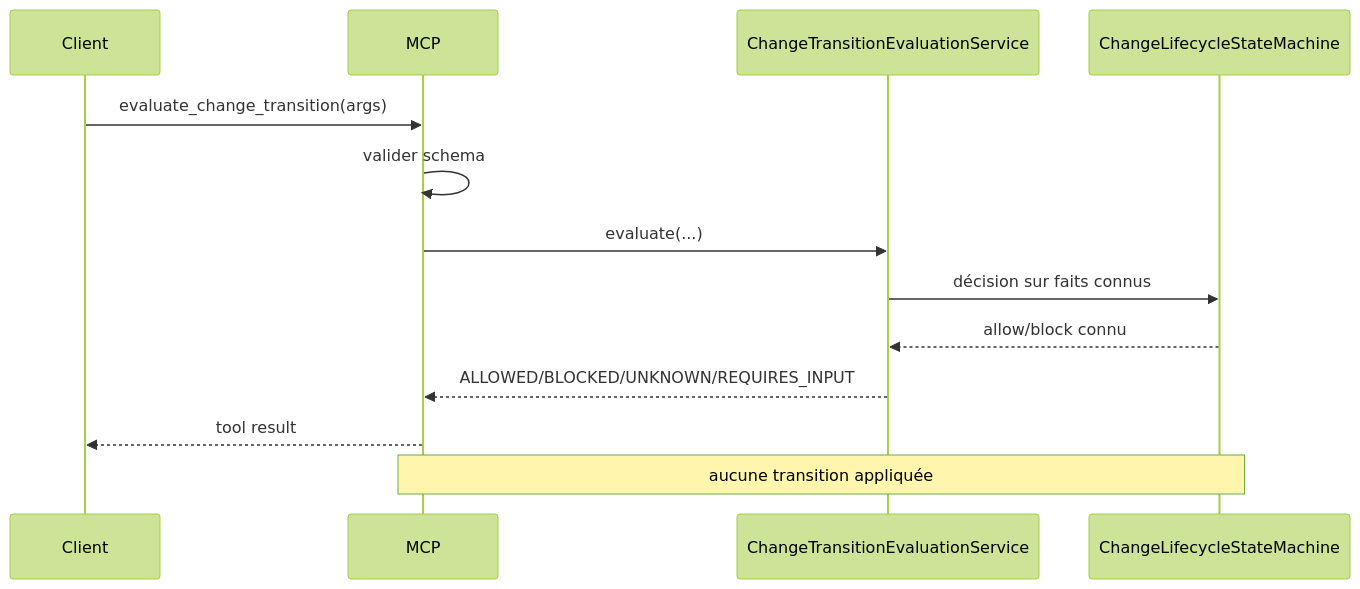
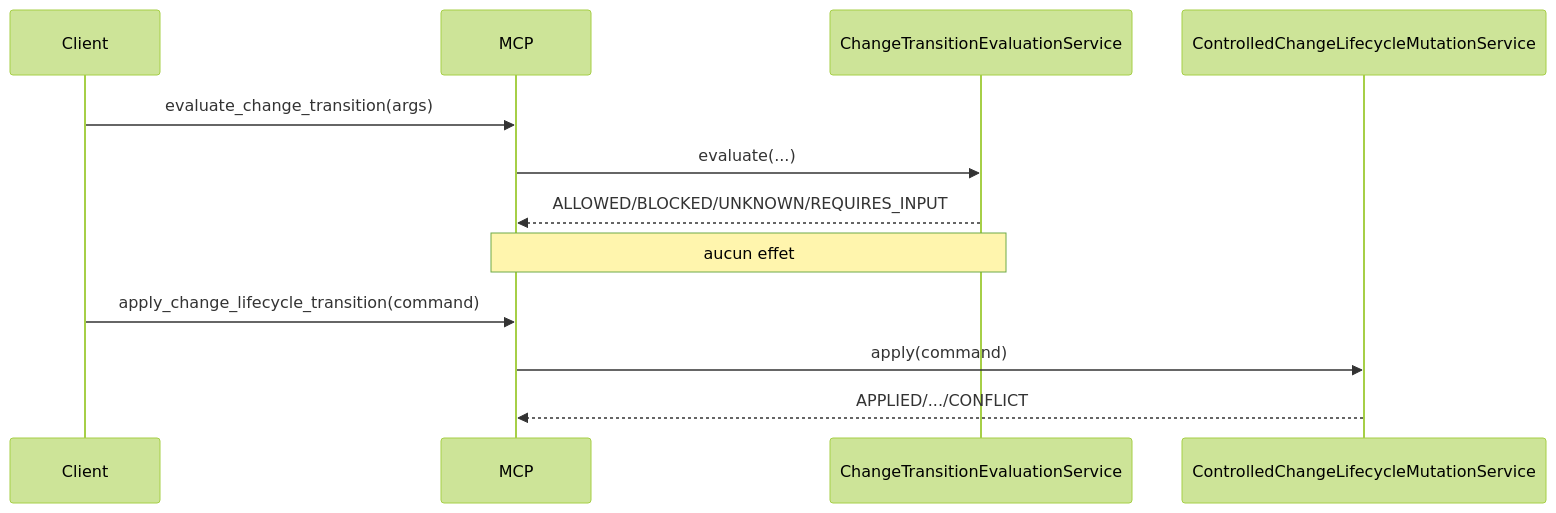
The fifth of 5 diagrams in docs/developer/MCP.md (FTurleque/morpheus-engine), drawn with Mermaid (forest theme) before and after one commit. The commit also changed other lines of this file, not shown here.

Commit message:
docs(m17): document explicit MCP write boundary

````diff
--- a/docs/developer/MCP.md
+++ b/docs/developer/MCP.md
@@ -221,16 +325,15 @@
 ```mermaid
 sequenceDiagram
     participant Client
     participant MCP
     participant Eval as ChangeTransitionEvaluationService
-    participant SM as ChangeLifecycleStateMachine
+    participant Mut as ControlledChangeLifecycleMutationService
 
     Client->>MCP: evaluate_change_transition(args)
-    MCP->>MCP: valider schema
     MCP->>Eval: evaluate(...)
-    Eval->>SM: décision sur faits connus
-    SM-->>Eval: allow/block connu
     Eval-->>MCP: ALLOWED/BLOCKED/UNKNOWN/REQUIRES_INPUT
-    MCP-->>Client: tool result
-    Note over MCP,SM: aucune transition appliquée
+    Note over MCP,Eval: aucun effet
+    Client->>MCP: apply_change_lifecycle_transition(command)
+    MCP->>Mut: apply(command)
+    Mut-->>MCP: APPLIED/.../CONFLICT
 ```
````
